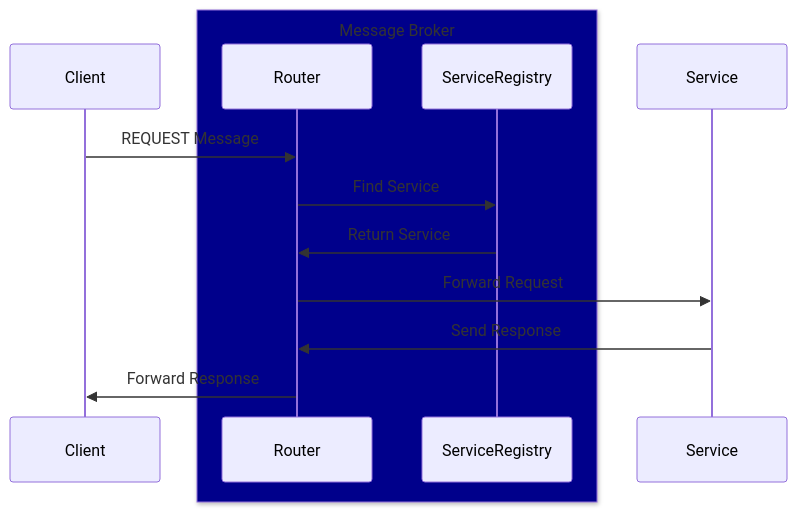
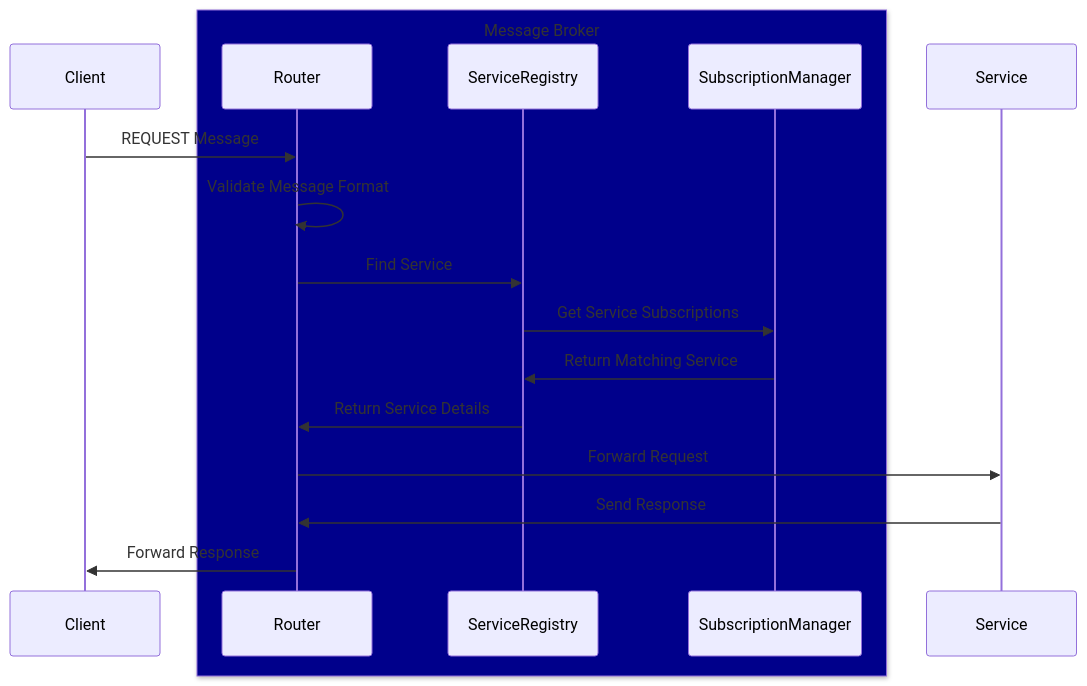
The third of 4 diagrams in docs/concepts/message-flow.md (DeX-Group-LLC/mb-server-node), drawn with Mermaid before and after one commit. The commit also changed other lines of this file and 20 other files, not shown here.

First line of the commit message:
Enhance Subscription Management with Improved Topic Matching and Validation

````diff
--- a/docs/concepts/message-flow.md
+++ b/docs/concepts/message-flow.md
@@ -63,16 +66,20 @@
 ```mermaid
 sequenceDiagram
     participant Client
     box DarkBlue Message Broker
     participant Router
     participant ServiceRegistry
+    participant SubscriptionManager
     end
     participant Service
 
     Client->>Router: REQUEST Message
+    Router->>Router: Validate Message Format
     Router->>ServiceRegistry: Find Service
-    ServiceRegistry->>Router: Return Service
+    ServiceRegistry->>SubscriptionManager: Get Service Subscriptions
+    SubscriptionManager->>ServiceRegistry: Return Matching Service
+    ServiceRegistry->>Router: Return Service Details
     Router->>Service: Forward Request
     Service->>Router: Send Response
     Router->>Client: Forward Response
 ```
````
